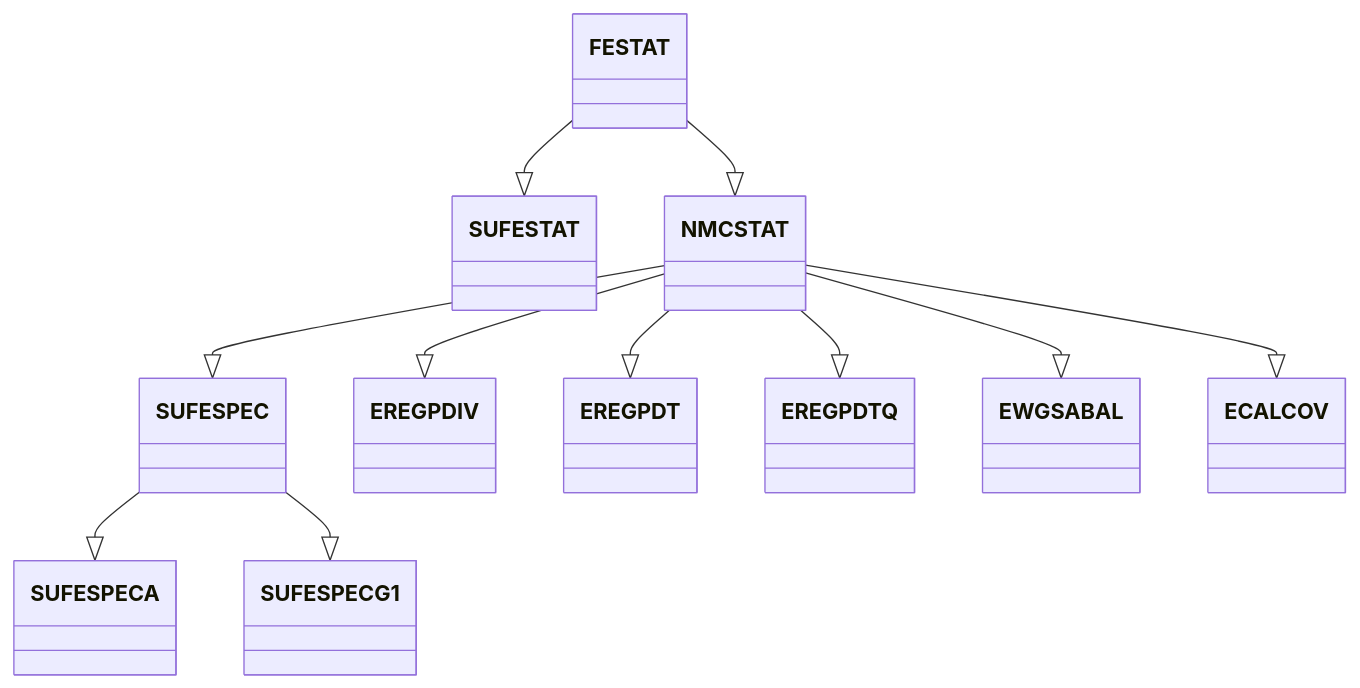
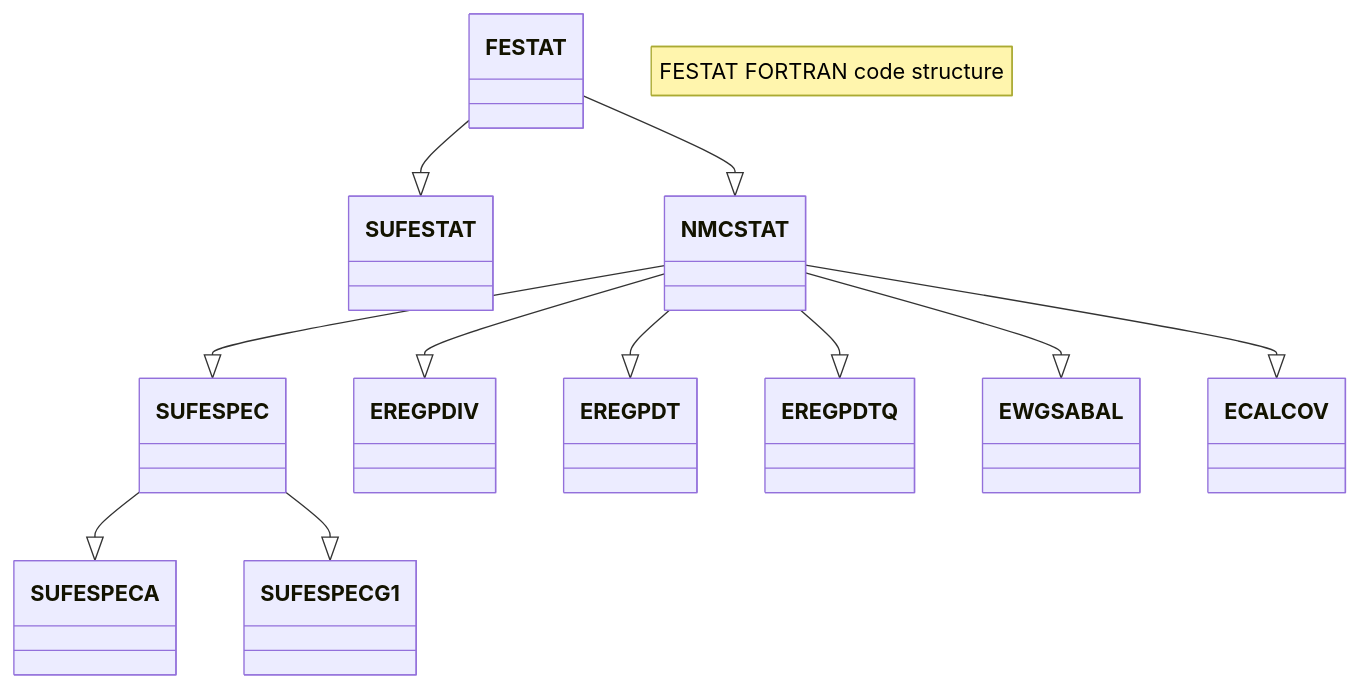
The diagram in doc/tools/festat.md (ACCORD-NWP/AccordDaTools), drawn with Mermaid before and after one commit.

Commit message:
Add note code diagram

````diff
--- a/doc/tools/festat.md
+++ b/doc/tools/festat.md
@@ -18,14 +18,16 @@
 ```mermaid
 classDiagram
+
+note "FESTAT FORTRAN code structure"
 
 FESTAT --|> SUFESTAT
 FESTAT --|> NMCSTAT
 NMCSTAT --|> SUFESPEC
 NMCSTAT --|> EREGPDIV
 NMCSTAT --|> EREGPDT
 NMCSTAT --|> EREGPDTQ
 NMCSTAT --|> EWGSABAL
 NMCSTAT --|> ECALCOV
 SUFESPEC --|> SUFESPECA
 SUFESPEC --|> SUFESPECG1
 ```
````
